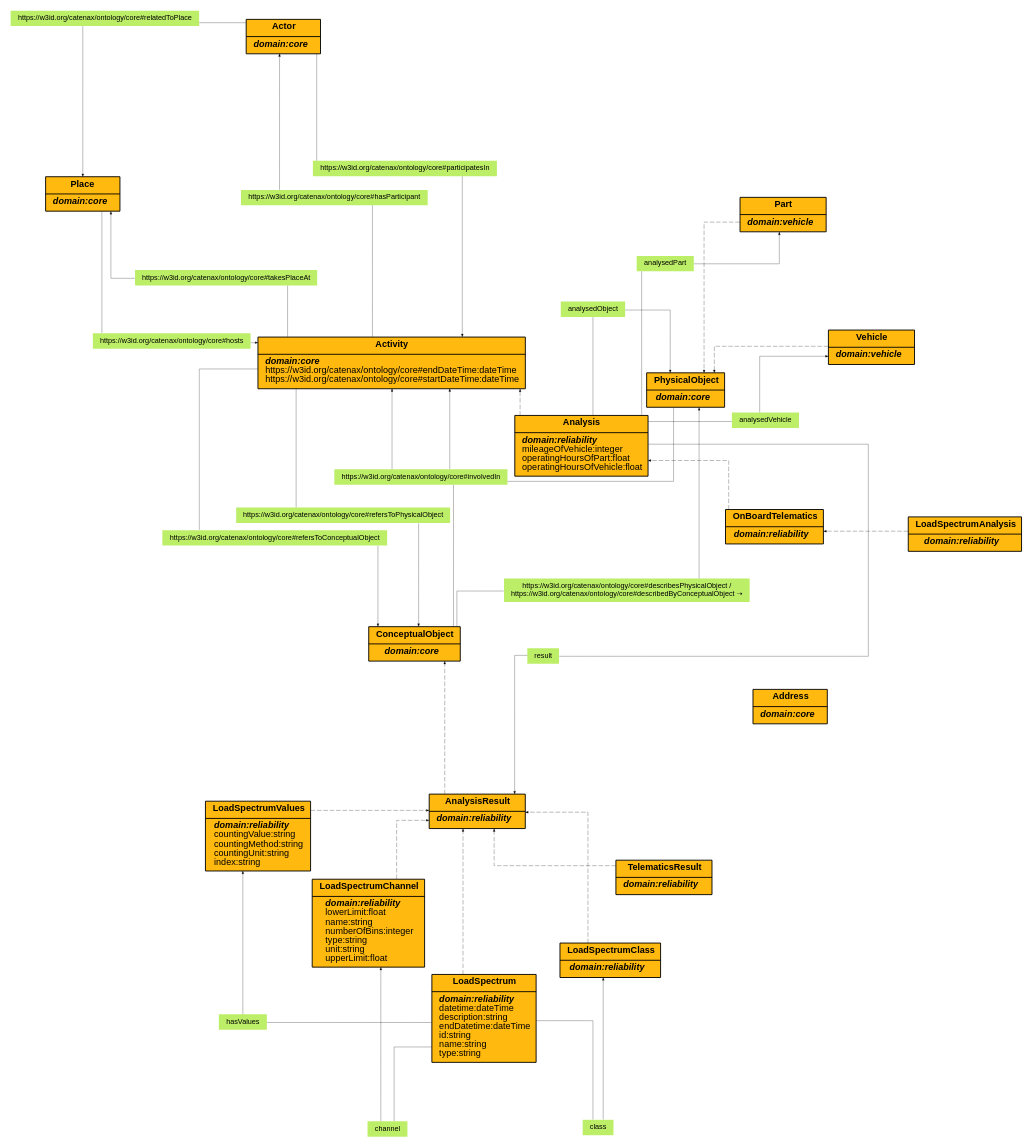
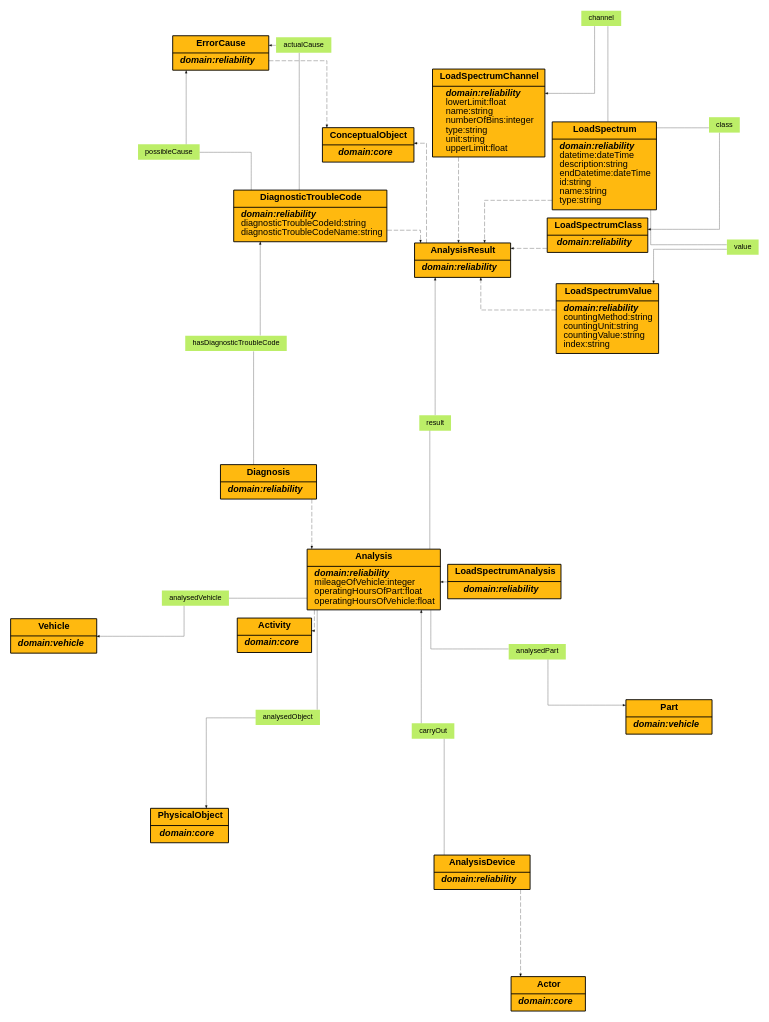
The diagram in docs/images/reliability_ontology.gv (eclipse-tractusx/sldt-ontology-model), drawn with Graphviz before and after one commit. The commit also changed 5 other files, not shown here.

```diff
--- a/docs/images/reliability_ontology.gv
+++ b/docs/images/reliability_ontology.gv
@@ -1,84 +1,66 @@
 digraph reliability_ontology {
 	graph [fontname="Helvetica,Arial,sans-serif" fontsize=10 layout=neato overlap=false splines=ortho]
 	node [fillcolor=darkgoldenrod1 fontname="Helvetica,Arial,sans-serif" fontsize=10 shape=record]
 	edge [arrowsize=0.3 fontname="Helvetica,Arial,sans-serif" fontsize=10 penwidth=0.3]
-	Activity [label=<{<b>Activity</b> | <i><b> domain:core</b></i> <br align="left"/>https://w3id.org/catenax/ontology/core#endDateTime:dateTime<br align="left"/>https://w3id.org/catenax/ontology/core#startDateTime:dateTime<br align="left"/>}> style=filled]
+	Activity [label=<{<b>Activity</b> | <i><b> domain:core</b></i> <br align="left"/>}> style=filled]
 	Actor [label=<{<b>Actor</b> | <i><b> domain:core</b></i> <br align="left"/>}> style=filled]
-	Address [label=<{<b>Address</b> | <i><b> domain:core</b></i> <br align="left"/>}> style=filled]
+	PhysicalObject [label=<{<b>PhysicalObject</b> | <i><b> domain:core</b></i> <br align="left"/>}> style=filled]
 	ConceptualObject [label=<{<b>ConceptualObject</b> | <i><b> domain:core</b></i> <br align="left"/>}> style=filled]
-	PhysicalObject [label=<{<b>PhysicalObject</b> | <i><b> domain:core</b></i> <br align="left"/>}> style=filled]
-	Place [label=<{<b>Place</b> | <i><b> domain:core</b></i> <br align="left"/>}> style=filled]
+	Part [label=<{<b>Part</b> | <i><b> domain:vehicle</b></i> <br align="left"/>}> style=filled]
+	Vehicle [label=<{<b>Vehicle</b> | <i><b> domain:vehicle</b></i> <br align="left"/>}> style=filled]
 	Analysis [label=<{<b>Analysis</b> | <i><b> domain:reliability</b></i> <br align="left"/>mileageOfVehicle:integer<br align="left"/>operatingHoursOfPart:float<br align="left"/>operatingHoursOfVehicle:float<br align="left"/>}> style=filled]
+	AnalysisDevice [label=<{<b>AnalysisDevice</b> | <i><b> domain:reliability</b></i> <br align="left"/>}> style=filled]
 	AnalysisResult [label=<{<b>AnalysisResult</b> | <i><b> domain:reliability</b></i> <br align="left"/>}> style=filled]
+	Diagnosis [label=<{<b>Diagnosis</b> | <i><b> domain:reliability</b></i> <br align="left"/>}> style=filled]
+	DiagnosticTroubleCode [label=<{<b>DiagnosticTroubleCode</b> | <i><b> domain:reliability</b></i> <br align="left"/>diagnosticTroubleCodeId:string<br align="left"/>diagnosticTroubleCodeName:string<br align="left"/>}> style=filled]
+	ErrorCause [label=<{<b>ErrorCause</b> | <i><b> domain:reliability</b></i> <br align="left"/>}> style=filled]
 	LoadSpectrum [label=<{<b>LoadSpectrum</b> | <i><b> domain:reliability</b></i> <br align="left"/>datetime:dateTime<br align="left"/>description:string<br align="left"/>endDatetime:dateTime<br align="left"/>id:string<br align="left"/>name:string<br align="left"/>type:string<br align="left"/>}> style=filled]
 	LoadSpectrumAnalysis [label=<{<b>LoadSpectrumAnalysis</b> | <i><b> domain:reliability</b></i> <br align="left"/>}> style=filled]
 	LoadSpectrumChannel [label=<{<b>LoadSpectrumChannel</b> | <i><b> domain:reliability</b></i> <br align="left"/>lowerLimit:float<br align="left"/>name:string<br align="left"/>numberOfBins:integer<br align="left"/>type:string<br align="left"/>unit:string<br align="left"/>upperLimit:float<br align="left"/>}> style=filled]
 	LoadSpectrumClass [label=<{<b>LoadSpectrumClass</b> | <i><b> domain:reliability</b></i> <br align="left"/>}> style=filled]
-	LoadSpectrumValues [label=<{<b>LoadSpectrumValues</b> | <i><b> domain:reliability</b></i> <br align="left"/>countingValue:string<br align="left"/>countingMethod:string<br align="left"/>countingUnit:string<br align="left"/>index:string<br align="left"/>}> style=filled]
-	OnBoardTelematics [label=<{<b>OnBoardTelematics</b> | <i><b> domain:reliability</b></i> <br align="left"/>}> style=filled]
-	TelematicsResult [label=<{<b>TelematicsResult</b> | <i><b> domain:reliability</b></i> <br align="left"/>}> style=filled]
-	Part [label=<{<b>Part</b> | <i><b> domain:vehicle</b></i> <br align="left"/>}> style=filled]
-	Vehicle [label=<{<b>Vehicle</b> | <i><b> domain:vehicle</b></i> <br align="left"/>}> style=filled]
-	describesPhysicalObject [label="https://w3id.org/catenax/ontology/core#describesPhysicalObject / 
-https://w3id.org/catenax/ontology/core#describedByConceptualObject ➝" fillcolor=darkolivegreen2 fontsize=8 height=0 shape=plaintext style=filled width=0]
-	hasParticipant [label="https://w3id.org/catenax/ontology/core#hasParticipant" fillcolor=darkolivegreen2 fontsize=8 height=0 shape=plaintext style=filled width=0]
-	hosts [label="https://w3id.org/catenax/ontology/core#hosts" fillcolor=darkolivegreen2 fontsize=8 height=0 shape=plaintext style=filled width=0]
-	involvedIn [label="https://w3id.org/catenax/ontology/core#involvedIn" fillcolor=darkolivegreen2 fontsize=8 height=0 shape=plaintext style=filled width=0]
-	participatesIn [label="https://w3id.org/catenax/ontology/core#participatesIn" fillcolor=darkolivegreen2 fontsize=8 height=0 shape=plaintext style=filled width=0]
-	refersToConceptualObject [label="https://w3id.org/catenax/ontology/core#refersToConceptualObject" fillcolor=darkolivegreen2 fontsize=8 height=0 shape=plaintext style=filled width=0]
-	refersToPhysicalObject [label="https://w3id.org/catenax/ontology/core#refersToPhysicalObject" fillcolor=darkolivegreen2 fontsize=8 height=0 shape=plaintext style=filled width=0]
-	relatedToPlace [label="https://w3id.org/catenax/ontology/core#relatedToPlace" fillcolor=darkolivegreen2 fontsize=8 height=0 shape=plaintext style=filled width=0]
-	takesPlaceAt [label="https://w3id.org/catenax/ontology/core#takesPlaceAt" fillcolor=darkolivegreen2 fontsize=8 height=0 shape=plaintext style=filled width=0]
+	LoadSpectrumValue [label=<{<b>LoadSpectrumValue</b> | <i><b> domain:reliability</b></i> <br align="left"/>countingMethod:string<br align="left"/>countingUnit:string<br align="left"/>countingValue:string<br align="left"/>index:string<br align="left"/>}> style=filled]
+	actualCause [label=actualCause fillcolor=darkolivegreen2 fontsize=8 height=0 shape=plaintext style=filled width=0]
 	analysedObject [label=analysedObject fillcolor=darkolivegreen2 fontsize=8 height=0 shape=plaintext style=filled width=0]
 	analysedPart [label=analysedPart fillcolor=darkolivegreen2 fontsize=8 height=0 shape=plaintext style=filled width=0]
 	analysedVehicle [label=analysedVehicle fillcolor=darkolivegreen2 fontsize=8 height=0 shape=plaintext style=filled width=0]
+	carryOut [label=carryOut fillcolor=darkolivegreen2 fontsize=8 height=0 shape=plaintext style=filled width=0]
 	channel [label=channel fillcolor=darkolivegreen2 fontsize=8 height=0 shape=plaintext style=filled width=0]
 	class [label=class fillcolor=darkolivegreen2 fontsize=8 height=0 shape=plaintext style=filled width=0]
+	hasDiagnosticTroubleCode [label=hasDiagnosticTroubleCode fillcolor=darkolivegreen2 fontsize=8 height=0 shape=plaintext style=filled width=0]
+	possibleCause [label=possibleCause fillcolor=darkolivegreen2 fontsize=8 height=0 shape=plaintext style=filled width=0]
 	result [label=result fillcolor=darkolivegreen2 fontsize=8 height=0 shape=plaintext style=filled width=0]
-	hasValues [label=hasValues fillcolor=darkolivegreen2 fontsize=8 height=0 shape=plaintext style=filled width=0]
-	ConceptualObject -> describesPhysicalObject [arrowhead=none]
-	describesPhysicalObject -> PhysicalObject
-	Activity -> hasParticipant [arrowhead=none]
-	hasParticipant -> Actor
-	Place -> hosts [arrowhead=none]
-	hosts -> Activity
-	ConceptualObject -> involvedIn [arrowhead=none]
-	involvedIn -> Activity
-	PhysicalObject -> involvedIn [arrowhead=none]
-	involvedIn -> Activity
-	Actor -> participatesIn [arrowhead=none]
-	participatesIn -> Activity
-	Activity -> refersToConceptualObject [arrowhead=none]
-	refersToConceptualObject -> ConceptualObject
-	Activity -> refersToPhysicalObject [arrowhead=none]
-	refersToPhysicalObject -> ConceptualObject
-	Actor -> relatedToPlace [arrowhead=none]
-	relatedToPlace -> Place
-	Activity -> takesPlaceAt [arrowhead=none]
-	takesPlaceAt -> Place
+	value [label=value fillcolor=darkolivegreen2 fontsize=8 height=0 shape=plaintext style=filled width=0]
+	DiagnosticTroubleCode -> actualCause [arrowhead=none]
+	actualCause -> ErrorCause
 	Analysis -> analysedObject [arrowhead=none]
 	analysedObject -> PhysicalObject
 	Analysis -> analysedPart [arrowhead=none]
 	analysedPart -> Part
 	Analysis -> analysedVehicle [arrowhead=none]
 	analysedVehicle -> Vehicle
+	AnalysisDevice -> carryOut [arrowhead=none]
+	carryOut -> Analysis
 	LoadSpectrum -> channel [arrowhead=none]
 	channel -> LoadSpectrumChannel
 	LoadSpectrum -> class [arrowhead=none]
 	class -> LoadSpectrumClass
+	Diagnosis -> hasDiagnosticTroubleCode [arrowhead=none]
+	hasDiagnosticTroubleCode -> DiagnosticTroubleCode
+	DiagnosticTroubleCode -> possibleCause [arrowhead=none]
+	possibleCause -> ErrorCause
 	Analysis -> result [arrowhead=none]
 	result -> AnalysisResult
-	LoadSpectrum -> hasValues [arrowhead=none]
-	hasValues -> LoadSpectrumValues
+	LoadSpectrum -> value [arrowhead=none]
+	value -> LoadSpectrumValue
 	Analysis -> Activity [style=dashed]
+	AnalysisDevice -> Actor [style=dashed]
 	AnalysisResult -> ConceptualObject [style=dashed]
+	ErrorCause -> ConceptualObject [style=dashed]
+	Diagnosis -> Analysis [style=dashed]
+	LoadSpectrumAnalysis -> Analysis [style=dashed]
+	DiagnosticTroubleCode -> AnalysisResult [style=dashed]
 	LoadSpectrum -> AnalysisResult [style=dashed]
 	LoadSpectrumChannel -> AnalysisResult [style=dashed]
 	LoadSpectrumClass -> AnalysisResult [style=dashed]
-	LoadSpectrumValues -> AnalysisResult [style=dashed]
-	TelematicsResult -> AnalysisResult [style=dashed]
-	LoadSpectrumAnalysis -> OnBoardTelematics [style=dashed]
-	OnBoardTelematics -> Analysis [style=dashed]
-	Part -> PhysicalObject [style=dashed]
-	Vehicle -> PhysicalObject [style=dashed]
+	LoadSpectrumValue -> AnalysisResult [style=dashed]
 }
```
